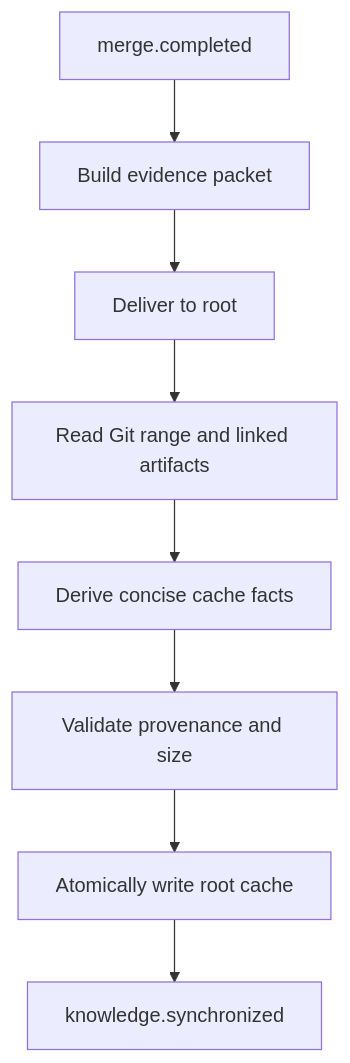
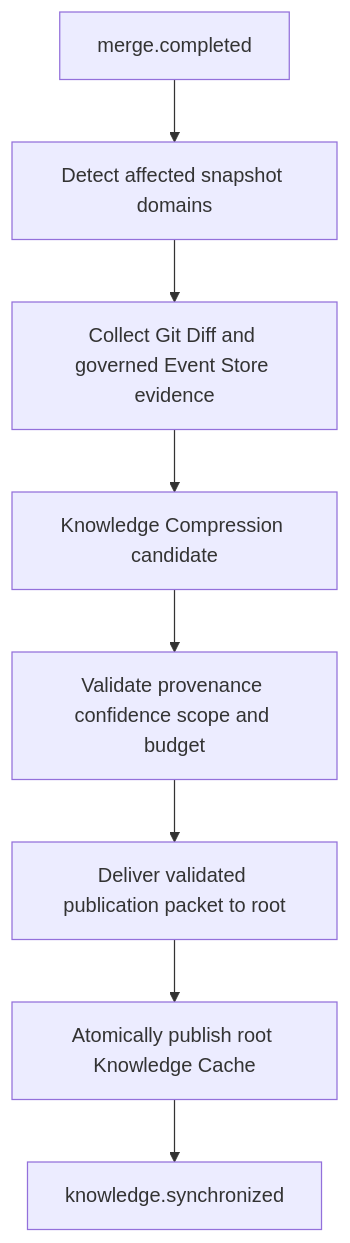
One commit to tinhnvAdnetplus/design-document changed the diagram in docs/workflow/03-knowledge-synchronization.md. Above: the diagram before and after it, drawn with Mermaid. The commit also changed other lines of this file and 35 other files, not shown here.

```diff
--- a/docs/workflow/03-knowledge-synchronization.md
+++ b/docs/workflow/03-knowledge-synchronization.md
@@ -39,10 +42,10 @@
 ~~~mermaid
 flowchart TD
-    A[merge.completed] --> B[Build evidence packet]
-    B --> C[Deliver to root]
-    C --> D[Read Git range and linked artifacts]
-    D --> E[Derive concise cache facts]
-    E --> F[Validate provenance and size]
-    F --> G[Atomically write root cache]
+    A[merge.completed] --> B[Detect affected snapshot domains]
+    B --> C[Collect Git Diff and governed Event Store evidence]
+    C --> D[Knowledge Compression candidate]
+    D --> E[Validate provenance confidence scope and budget]
+    E --> F[Deliver validated publication packet to root]
+    F --> G[Atomically publish root Knowledge Cache]
     G --> H[knowledge.synchronized]
 ~~~
```
